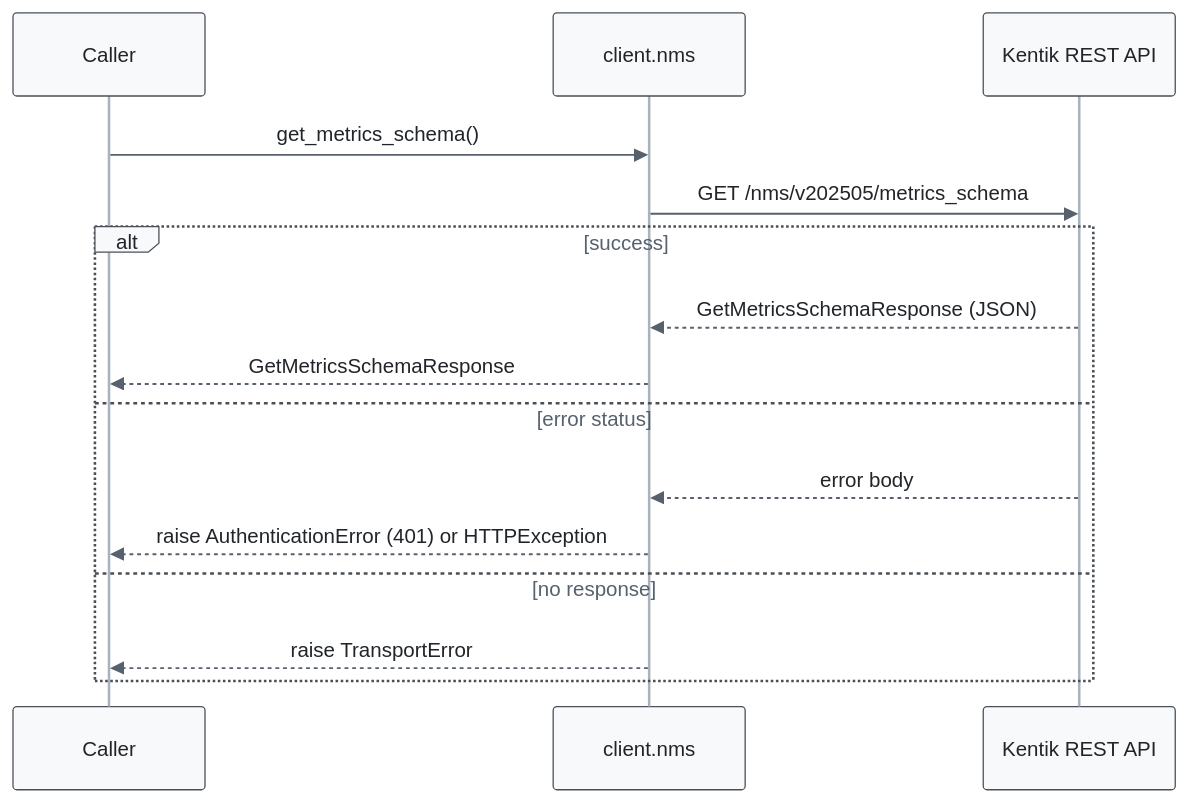
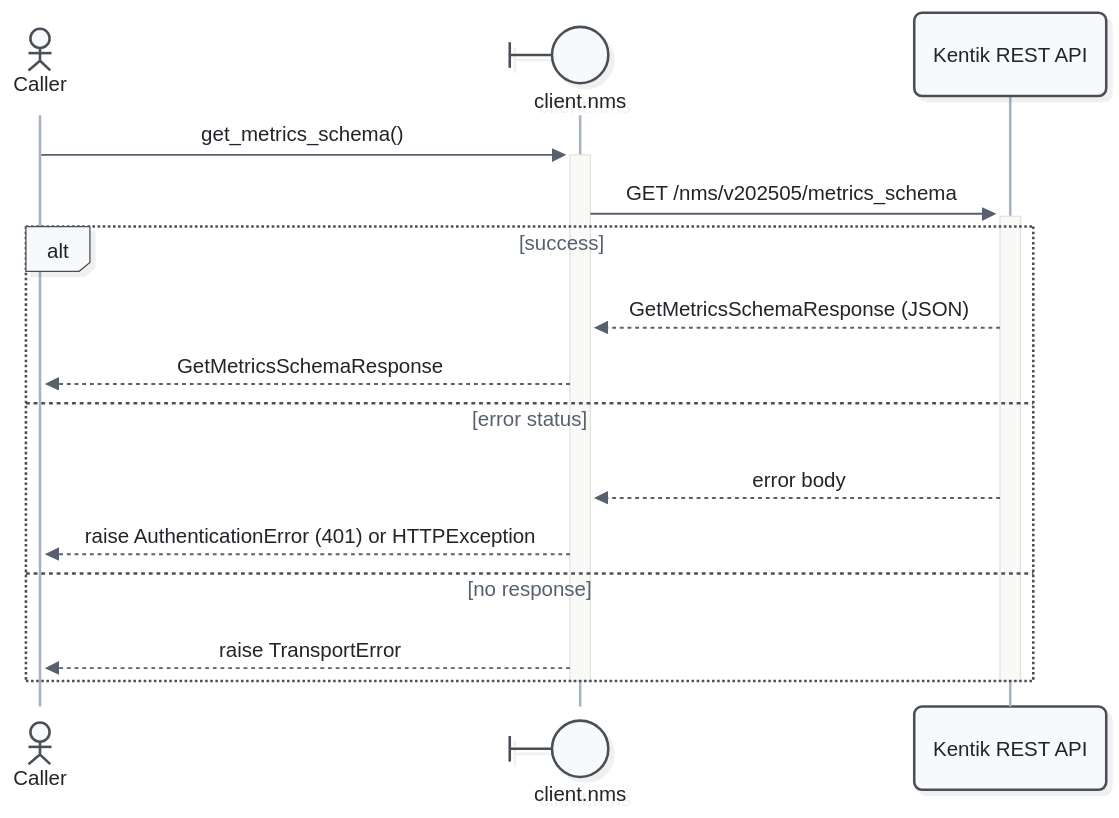
The first of 3 diagrams in docs/sphinx/services/nms.md (alexdearaujo/community_sdk_python), drawn with Mermaid before and after one commit. The commit also changed other lines of this file and 52 other files, not shown here.

First line of the commit message:
docs: Mermaid 12 sequence diagrams with participant types and path colors

````diff
--- a/docs/sphinx/services/nms.md
+++ b/docs/sphinx/services/nms.md
@@ -29,19 +29,21 @@
 ```mermaid
-%%{init: {"theme": "base", "fontFamily": "ui-monospace, SFMono-Regular, Menlo, monospace", "themeVariables": {"fontFamily": "ui-monospace, SFMono-Regular, Menlo, monospace", "primaryColor": "#f8f9fa", "primaryBorderColor": "#495057", "primaryTextColor": "#212529", "textColor": "#212529", "lineColor": "#77818c", "edgeLabelBackground": "#ffffff", "actorBkg": "#f8f9fa", "actorBorder": "#495057", "actorTextColor": "#212529", "actorLineColor": "#a9b3be", "signalColor": "#57616d", "signalTextColor": "#212529", "labelBoxBkgColor": "#f8f9fa", "labelBoxBorderColor": "#495057", "labelTextColor": "#212529", "loopTextColor": "#57616d", "noteBkgColor": "#fff9db", "noteBorderColor": "#f08c00", "noteTextColor": "#a35a00"}, "flowchart": {"curve": "step", "nodeSpacing": 30, "rankSpacing": 70, "wrappingWidth": 400}}}%%
+%%{init: {"theme": "redux", "look": "neo", "layout": "dagre", "fontFamily": "ui-monospace, SFMono-Regular, Menlo, monospace", "themeVariables": {"fontFamily": "ui-monospace, SFMono-Regular, Menlo, monospace", "primaryColor": "#f8f9fa", "primaryBorderColor": "#495057", "primaryTextColor": "#212529", "textColor": "#212529", "lineColor": "#77818c", "edgeLabelBackground": "#ffffff", "actorBkg": "#f8f9fa", "actorBorder": "#495057", "actorTextColor": "#212529", "actorLineColor": "#a9b3be", "signalColor": "#57616d", "signalTextColor": "#212529", "labelBoxBkgColor": "#f8f9fa", "labelBoxBorderColor": "#495057", "labelTextColor": "#212529", "loopTextColor": "#57616d", "noteBkgColor": "#fff9db", "noteBorderColor": "#f08c00", "noteTextColor": "#a35a00"}, "sequence": {"activationWidth": 16}, "flowchart": {"curve": "step", "nodeSpacing": 30, "rankSpacing": 70, "wrappingWidth": 400}}}%%
 sequenceDiagram
-    participant C as Caller
-    participant W as client.nms
+    actor C as Caller
+    participant W@{ "type": "boundary" } as client.nms
     participant API as Kentik REST API
 
-    C->>W: get_metrics_schema()
-    W->>API: GET /nms/v202505/metrics_schema
+    C->>+W: get_metrics_schema()
+    W->>+API: GET /nms/v202505/metrics_schema
     alt success
         API-->>W: GetMetricsSchemaResponse (JSON)
         W-->>C: GetMetricsSchemaResponse
     else error status
         API-->>W: error body
         W-->>C: raise AuthenticationError (401) or HTTPException
     else no response
         W-->>C: raise TransportError
     end
+    deactivate API
+    deactivate W
 ```
````
